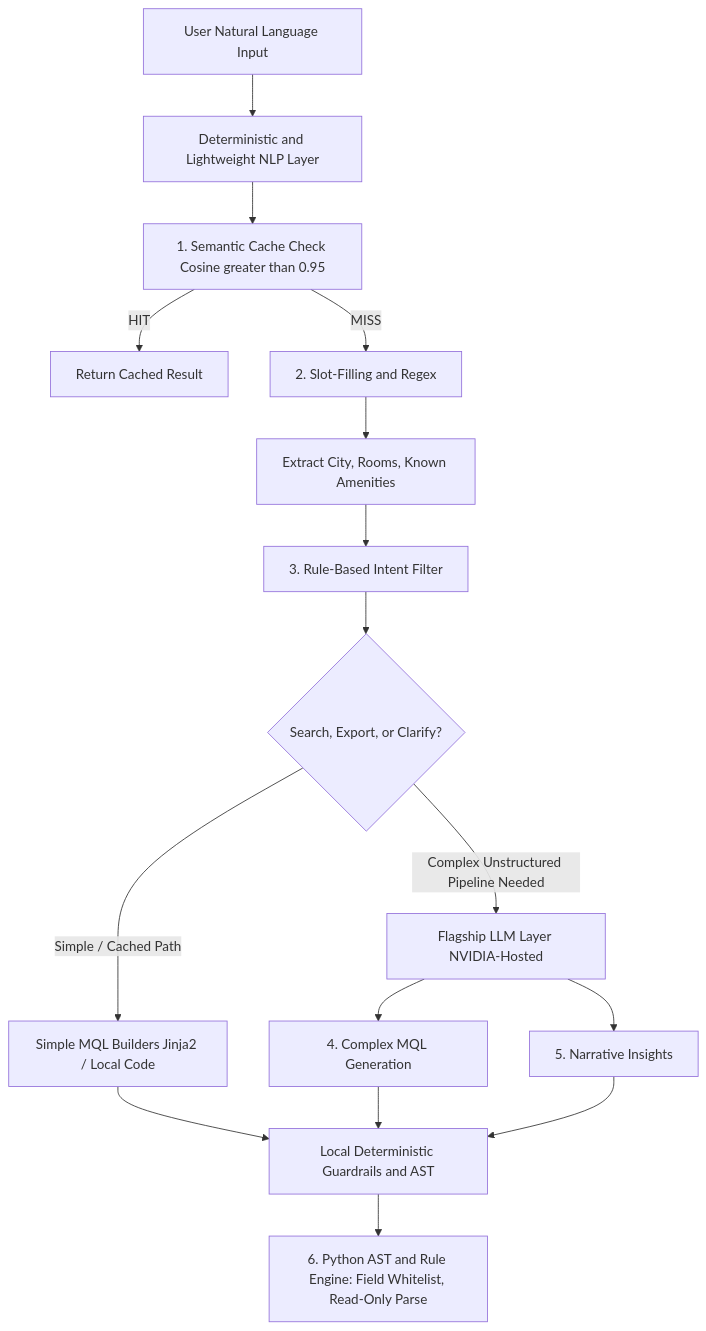
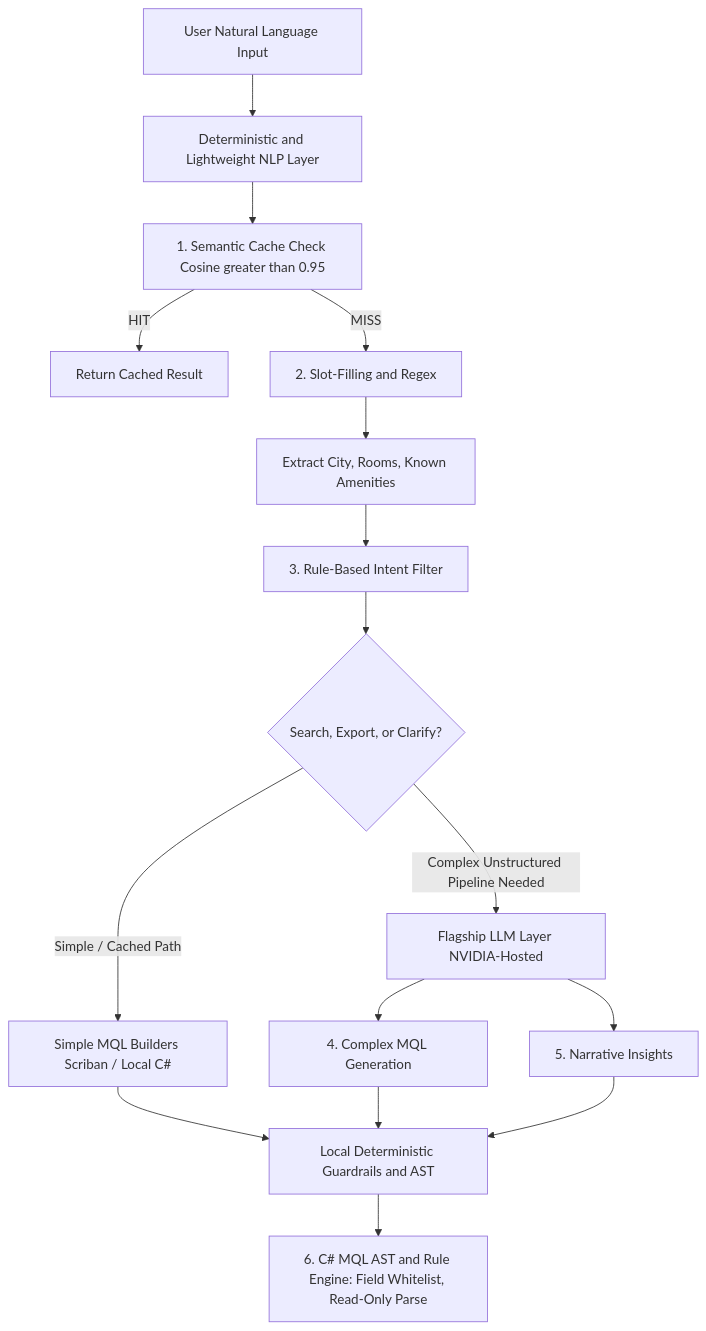
The first of 4 diagrams in docs/BRD.md (bikash-dotnet/MultiAgent-Mongo-NLP), drawn with Mermaid before and after one commit. The commit also changed other lines of this file and 8 other files, not shown here.

````diff
--- a/docs/BRD.md
+++ b/docs/BRD.md
@@ -63,18 +93,18 @@
 ```mermaid
 flowchart TD
     A["User Natural Language Input"] --> B["Deterministic and Lightweight NLP Layer"]
     B --> C["1. Semantic Cache Check Cosine greater than 0.95"]
     C -->|HIT| D["Return Cached Result"]
     C -->|MISS| E["2. Slot-Filling and Regex"]
     E --> F["Extract City, Rooms, Known Amenities"]
     F --> G["3. Rule-Based Intent Filter"]
     G --> H{"Search, Export, or Clarify?"}
-    H -->|Simple / Cached Path| I["Simple MQL Builders Jinja2 / Local Code"]
+    H -->|Simple / Cached Path| I["Simple MQL Builders Scriban / Local C#"]
     H -->|Complex Unstructured Pipeline Needed| J["Flagship LLM Layer NVIDIA-Hosted"]
     J --> K["4. Complex MQL Generation"]
     J --> L["5. Narrative Insights"]
     I --> M["Local Deterministic Guardrails and AST"]
     K --> M
     L --> M
-    M --> N["6. Python AST and Rule Engine: Field Whitelist, Read-Only Parse"]
+    M --> N["6. C# MQL AST and Rule Engine: Field Whitelist, Read-Only Parse"]
 ```
````
